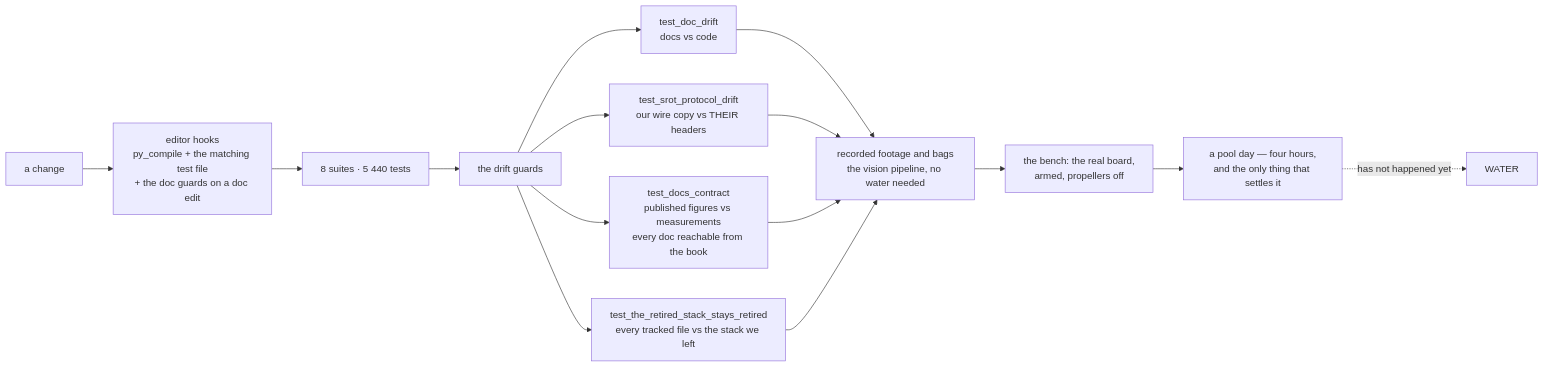
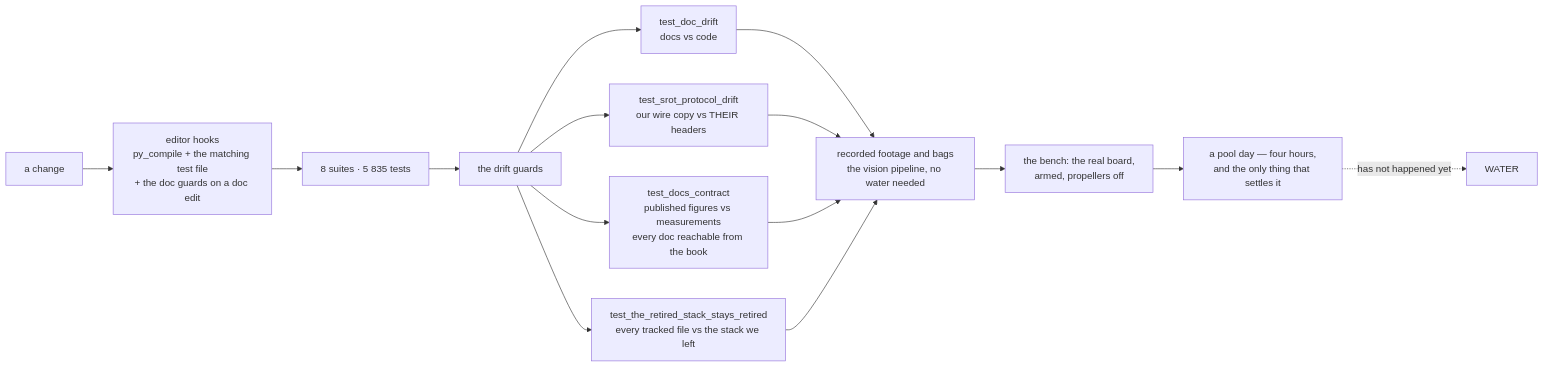
The ninth of 10 diagrams in README.md (fh1m/mongla_ws), drawn with Mermaid before and after one commit. The commit also changed other lines of this file and 3 other files, not shown here.

````diff
--- a/README.md
+++ b/README.md
@@ -987,17 +994,17 @@
 ```mermaid
 flowchart LR
     DEV["a change"] --> HOOK["editor hooks<br/>py_compile + the matching test file<br/>+ the doc guards on a doc edit"]
-    HOOK --> UNIT["8 suites · 5 440 tests"]
+    HOOK --> UNIT["8 suites · 5 835 tests"]
     UNIT --> GUARD["the drift guards"]
     GUARD --> G1["test_doc_drift<br/>docs vs code"]
     GUARD --> G2["test_srot_protocol_drift<br/>our wire copy vs THEIR headers"]
     GUARD --> G3["test_docs_contract<br/>published figures vs measurements<br/>every doc reachable from the book"]
     GUARD --> G4["test_the_retired_stack_stays_retired<br/>every tracked file vs the stack we left"]
     G1 --> REPLAY["recorded footage and bags<br/>the vision pipeline, no water needed"]
     G2 --> REPLAY
     G3 --> REPLAY
     G4 --> REPLAY
     REPLAY --> BENCH["the bench: the real board,<br/>armed, propellers off"]
     BENCH --> POOL["a pool day — four hours,<br/>and the only thing that settles it"]
     POOL -.->|"has not happened yet"| WATER["WATER"]
 ```
````
